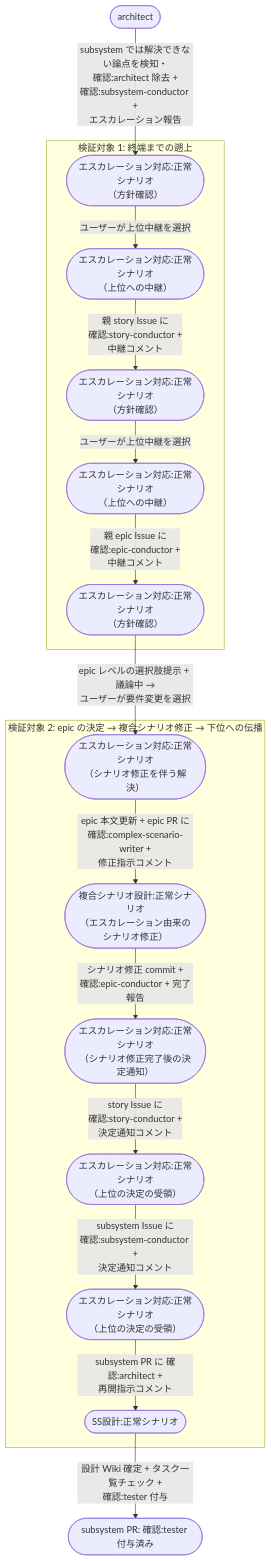
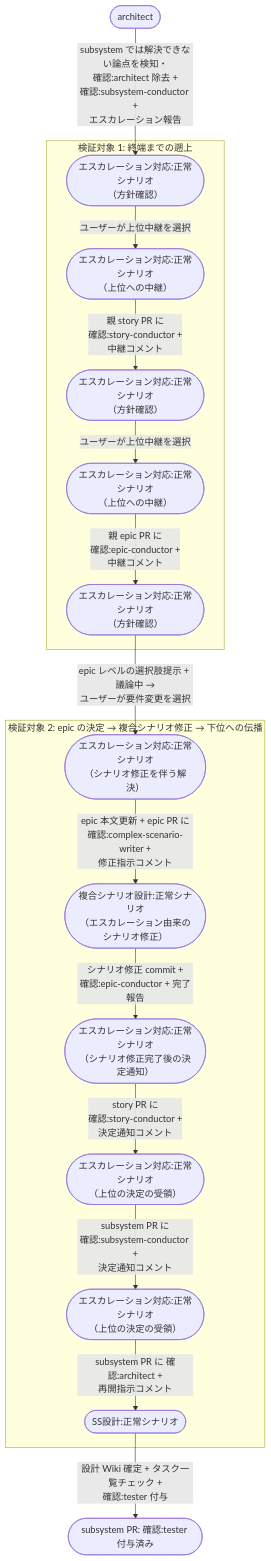
Before and after one commit to shuhei1101/ai-monitor: the diagram in docs/wiki/設計図/シナリオ/複合ユースケース/エスカレーションのepicレベル解決.md, drawn with Mermaid. The commit also changed other lines of this file and 256 other files, not shown here.

````diff
--- a/docs/wiki/設計図/シナリオ/複合ユースケース/エスカレーションのepicレベル解決.md
+++ b/docs/wiki/設計図/シナリオ/複合ユースケース/エスカレーションのepicレベル解決.md
@@ -28,34 +28,34 @@
 ```mermaid
 flowchart TD
   A0([architect]) -->|subsystem では解決できない論点を検知・<br>確認:architect 除去 +<br>確認:subsystem-conductor +<br>エスカレーション報告| UC1
 
   subgraph FOCUS1["検証対象 1: 終端までの遡上"]
     UC1([エスカレーション対応:正常シナリオ<br>（方針確認）]) -->|ユーザーが上位中継を選択| UC2([エスカレーション対応:正常シナリオ<br>（上位への中継）])
-    UC2 -->|親 story Issue に<br>確認:story-conductor +<br>中継コメント| UC3([エスカレーション対応:正常シナリオ<br>（方針確認）])
+    UC2 -->|親 story PR に<br>確認:story-conductor +<br>中継コメント| UC3([エスカレーション対応:正常シナリオ<br>（方針確認）])
     UC3 -->|ユーザーが上位中継を選択| UC4([エスカレーション対応:正常シナリオ<br>（上位への中継）])
-    UC4 -->|親 epic Issue に<br>確認:epic-conductor +<br>中継コメント| UC5([エスカレーション対応:正常シナリオ<br>（方針確認）])
+    UC4 -->|親 epic PR に<br>確認:epic-conductor +<br>中継コメント| UC5([エスカレーション対応:正常シナリオ<br>（方針確認）])
   end
 
   subgraph FOCUS2["検証対象 2: epic の決定 → 複合シナリオ修正 → 下位への伝播"]
     UC5 -->|epic レベルの選択肢提示 + 議論中 →<br>ユーザーが要件変更を選択| UC6([エスカレーション対応:正常シナリオ<br>（シナリオ修正を伴う解決）])
     UC6 -->|epic 本文更新 + epic PR に<br>確認:complex-scenario-writer +<br>修正指示コメント| UC7([複合シナリオ設計:正常シナリオ<br>（エスカレーション由来のシナリオ修正）])
     UC7 -->|シナリオ修正 commit +<br>確認:epic-conductor + 完了報告| UC8([エスカレーション対応:正常シナリオ<br>（シナリオ修正完了後の決定通知）])
-    UC8 -->|story Issue に<br>確認:story-conductor +<br>決定通知コメント| UC9([エスカレーション対応:正常シナリオ<br>（上位の決定の受領）])
-    UC9 -->|subsystem Issue に<br>確認:subsystem-conductor +<br>決定通知コメント| UC10([エスカレーション対応:正常シナリオ<br>（上位の決定の受領）])
+    UC8 -->|story PR に<br>確認:story-conductor +<br>決定通知コメント| UC9([エスカレーション対応:正常シナリオ<br>（上位の決定の受領）])
+    UC9 -->|subsystem PR に<br>確認:subsystem-conductor +<br>決定通知コメント| UC10([エスカレーション対応:正常シナリオ<br>（上位の決定の受領）])
     UC10 -->|subsystem PR に 確認:architect +<br>再開指示コメント| UC11([SS設計:正常シナリオ])
   end
 
   UC11 -->|設計 Wiki 確定 + タスク一覧チェック +<br>確認:tester 付与| DONE([subsystem PR: 確認:tester 付与済み])
 
   click UC1 "../単一ユースケース/エスカレーション対応.md#正常シナリオ方針確認"
   click UC2 "../単一ユースケース/エスカレーション対応.md#正常シナリオ上位への中継"
   click UC3 "../単一ユースケース/エスカレーション対応.md#正常シナリオ方針確認"
   click UC4 "../単一ユースケース/エスカレーション対応.md#正常シナリオ上位への中継"
   click UC5 "../単一ユースケース/エスカレーション対応.md#正常シナリオ方針確認"
   click UC6 "../単一ユースケース/エスカレーション対応.md#正常シナリオシナリオ修正を伴う解決"
   click UC7 "../単一ユースケース/複合シナリオ設計.md#正常シナリオエスカレーション由来のシナリオ修正"
   click UC8 "../単一ユースケース/エスカレーション対応.md#正常シナリオシナリオ修正完了後の決定通知"
   click UC9 "../単一ユースケース/エスカレーション対応.md#正常シナリオ上位の決定の受領"
   click UC10 "../単一ユースケース/エスカレーション対応.md#正常シナリオ上位の決定の受領"
   click UC11 "../単一ユースケース/SS設計.md#正常シナリオ"
 ```
````
